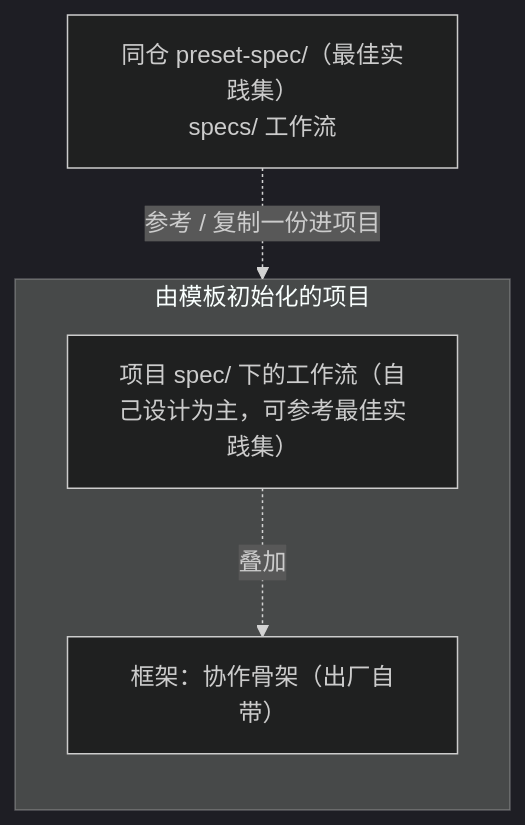
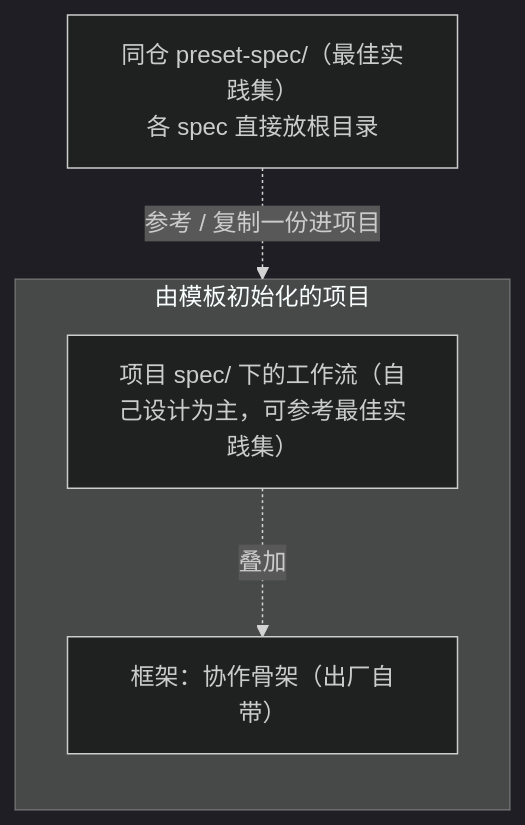
The diagram in preset-spec/README.md (The-Daybreaker/project-spec), drawn with Mermaid (dark theme) before and after one commit. The commit also changed other lines of this file and 19 other files, not shown here.

First line of the commit message:
refactor(preset-spec): 取消 specs 中间层，两份 spec 直接放 preset-spec 根（决策 72）

````diff
--- a/preset-spec/README.md
+++ b/preset-spec/README.md
@@ -5,11 +5,11 @@
 ```mermaid
 flowchart TB
-  SHELF["同仓 preset-spec/（最佳实践集）<br/>specs/ 工作流"]
+  SHELF["同仓 preset-spec/（最佳实践集）<br/>各 spec 直接放根目录"]
   subgraph PROJ["由模板初始化的项目"]
     direction TB
     SPEC["项目 spec/ 下的工作流（自己设计为主，可参考最佳实践集）"]
     FRAME["框架：协作骨架（出厂自带）"]
     SPEC -. "叠加" .-> FRAME
   end
   SHELF -. "参考 / 复制一份进项目" .-> SPEC
 ```
````
